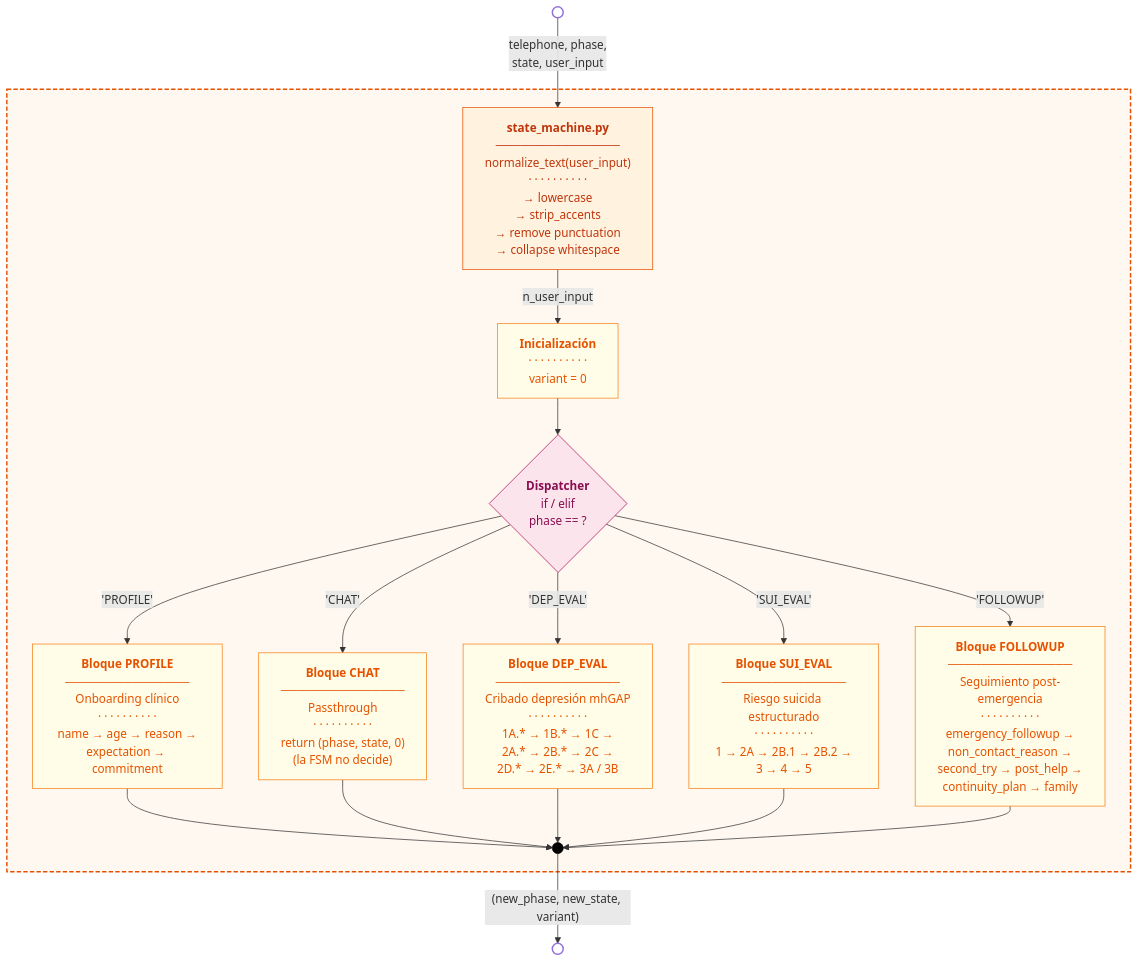
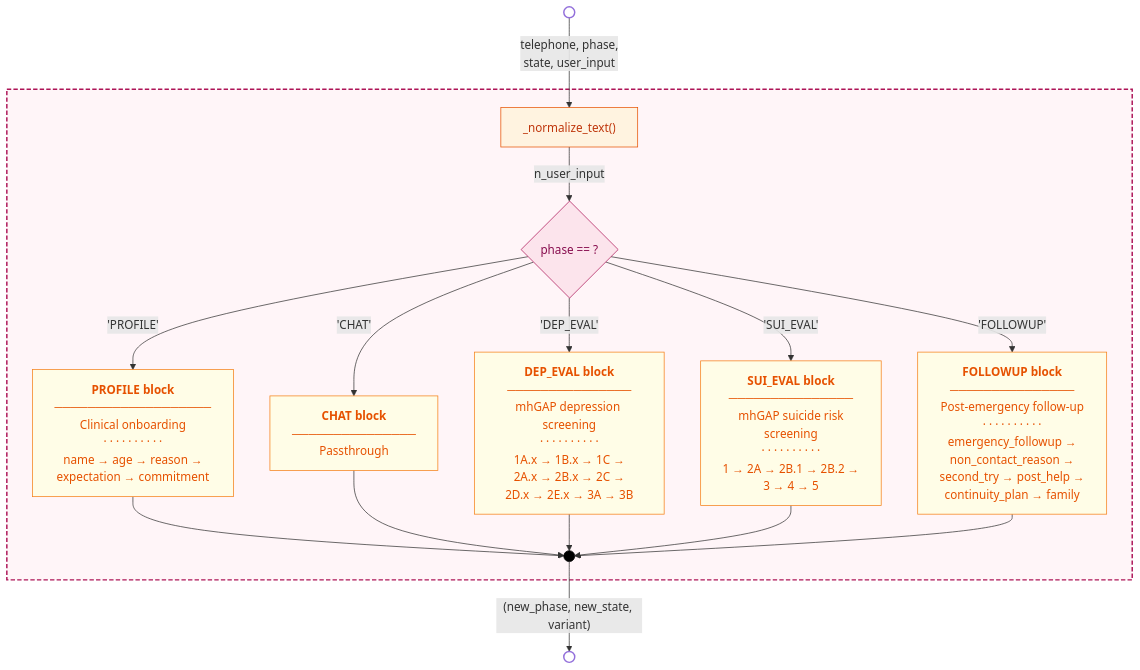
Before and after one commit to JordiiQueralto/AURORA_mhGAP-IG_v2.0: the first of 3 diagrams in diagrams/Z3_StateMachine_blocks.md, drawn with Mermaid. The commit also changed 2 other files, not shown here.

Commit message:
modifications is fig 1 of FSM and orchestation

````diff
--- a/diagrams/Z3_StateMachine_blocks.md
+++ b/diagrams/Z3_StateMachine_blocks.md
@@ -15,55 +15,53 @@
 ```mermaid
+
 flowchart TD
 
     START(( )):::circle
     FINISH(( )):::circle
 
     START -->|"telephone, phase,<br/>state, user_input"| NORM
 
     subgraph FSM_CORE[" "]
 
-        NORM["<b>state_machine.py</b><br/>───────────────<br/>normalize_text(user_input)<br/>· · · · · · · · · ·<br/>→ lowercase<br/>→ strip_accents<br/>→ remove punctuation<br/>→ collapse whitespace"]:::module
+        NORM["_normalize_text()"]:::module
 
-        INIT["<b>Inicialización</b><br/>· · · · · · · · · ·<br/>variant = 0"]:::flowblock
+        DISPATCH{phase == ?}:::decision
 
-        DISPATCH{<b>Dispatcher</b><br/>if / elif<br/>phase == ?}:::decision
+        PROFILE["<b>PROFILE block</b><br/>───────────────────<br/>Clinical onboarding<br/>· · · · · · · · · ·<br/>name → age → reason →<br/>expectation → commitment"]:::flowblock
 
-        PROFILE["<b>Bloque PROFILE</b><br/>───────────────<br/>Onboarding clínico<br/>· · · · · · · · · ·<br/>name → age → reason →<br/>expectation → commitment"]:::flowblock
+        CHAT["<b>CHAT block</b><br/>───────────────<br/>Passthrough"]:::flowblock
 
-        CHAT["<b>Bloque CHAT</b><br/>───────────────<br/>Passthrough<br/>· · · · · · · · · ·<br/>return (phase, state, 0)<br/>(la FSM no decide)"]:::flowblock
+        DEP["<b>DEP_EVAL block</b><br/>───────────────<br/>mhGAP depression screening<br/>· · · · · · · · · ·<br/>1A.x → 1B.x → 1C →<br/>2A.x → 2B.x → 2C →<br/>2D.x → 2E.x → 3A → 3B"]:::flowblock
 
-        DEP["<b>Bloque DEP_EVAL</b><br/>───────────────<br/>Cribado depresión mhGAP<br/>· · · · · · · · · ·<br/>1A.* → 1B.* → 1C →<br/>2A.* → 2B.* → 2C →<br/>2D.* → 2E.* → 3A / 3B"]:::flowblock
+        SUI["<b>SUI_EVAL block</b><br/>───────────────<br/>mhGAP suicide risk\nscreening<br/>· · · · · · · · · ·<br/>1 → 2A → 2B.1 → 2B.2 →<br/>3 → 4 → 5"]:::flowblock
 
-        SUI["<b>Bloque SUI_EVAL</b><br/>───────────────<br/>Riesgo suicida estructurado<br/>· · · · · · · · · ·<br/>1 → 2A → 2B.1 → 2B.2 →<br/>3 → 4 → 5"]:::flowblock
-
-        FU["<b>Bloque FOLLOWUP</b><br/>───────────────<br/>Seguimiento post-emergencia<br/>· · · · · · · · · ·<br/>emergency_followup →<br/>non_contact_reason →<br/>second_try → post_help →<br/>continuity_plan → family"]:::flowblock
+        FU["<b>FOLLOWUP block</b><br/>───────────────<br/>Post-emergency follow-up<br/>· · · · · · · · · ·<br/>emergency_followup →<br/>non_contact_reason →<br/>second_try → post_help →<br/>continuity_plan → family"]:::flowblock
 
         BOTTOM(( )):::junction
 
-        NORM -->|"n_user_input"| INIT
-        INIT --> DISPATCH
+        NORM -->|"n_user_input"| DISPATCH
 
         DISPATCH -->|"'PROFILE'"| PROFILE
         DISPATCH -->|"'CHAT'"| CHAT
         DISPATCH -->|"'DEP_EVAL'"| DEP
         DISPATCH -->|"'SUI_EVAL'"| SUI
         DISPATCH -->|"'FOLLOWUP'"| FU
 
         PROFILE --> BOTTOM
         CHAT --> BOTTOM
         DEP --> BOTTOM
         SUI --> BOTTOM
         FU --> BOTTOM
 
     end
 
     BOTTOM -->|"(new_phase, new_state, variant)"| FINISH
 
     classDef circle    fill:#ffffff,stroke:#9370db,stroke-width:2px,color:#ffffff
     classDef junction  fill:#000000,stroke:#000000,color:#000000
     classDef module    fill:#fff3e0,stroke:#e65100,color:#bf360c
     classDef flowblock fill:#fffde7,stroke:#f57f17,color:#e65100
     classDef decision  fill:#fce4ec,stroke:#ad1457,color:#880e4f
 
-    style FSM_CORE fill:#fff8f0,stroke:#e65100,stroke-width:2px,stroke-dasharray: 6 3
+    style FSM_CORE fill:#fff5f8,stroke:#ad1457,stroke-width:2px,stroke-dasharray: 6 3
 ```
````
